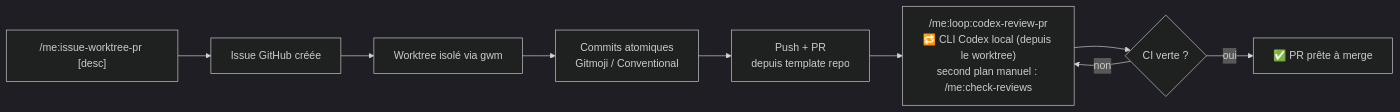
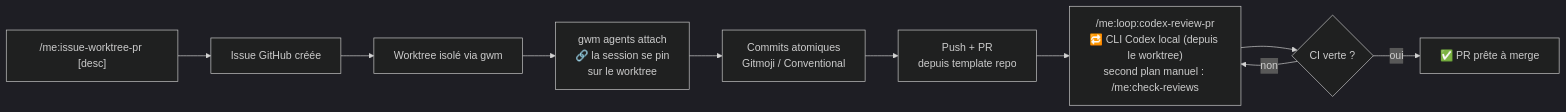
The third of 8 diagrams in dot_claude/WORKFLOW.md (kbrdn1/dotfiles), drawn with Mermaid (dark theme) before and after one commit. The commit also changed other lines of this file and 1 other file, not shown here.

First line of the commit message:
📝 docs(workflow): pin the session to the worktree it actually works in

````diff
--- a/dot_claude/WORKFLOW.md
+++ b/dot_claude/WORKFLOW.md
@@ -85,11 +87,12 @@
 ```mermaid
 flowchart LR
     A["/me:issue-worktree-pr [desc]"] --> B[Issue GitHub créée]
     B --> C[Worktree isolé via gwm]
-    C --> D[Commits atomiques<br/>Gitmoji / Conventional]
+    C --> CA["gwm agents attach<br/>🔗 la session se pin<br/>sur le worktree"]
+    CA --> D[Commits atomiques<br/>Gitmoji / Conventional]
     D --> E[Push + PR<br/>depuis template repo]
     E --> G["/me:loop:codex-review-pr<br/>🔁 CLI Codex local (depuis le worktree)<br/>second plan manuel : /me:check-reviews"]
     G --> H{CI verte ?}
     H -->|non| G
     H -->|oui| I[✅ PR prête à merge]
 ```
````
